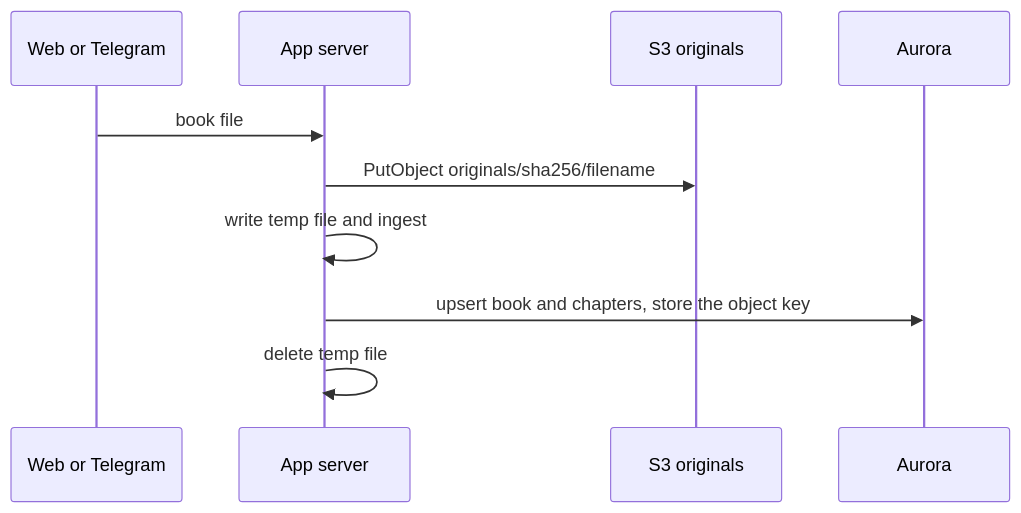
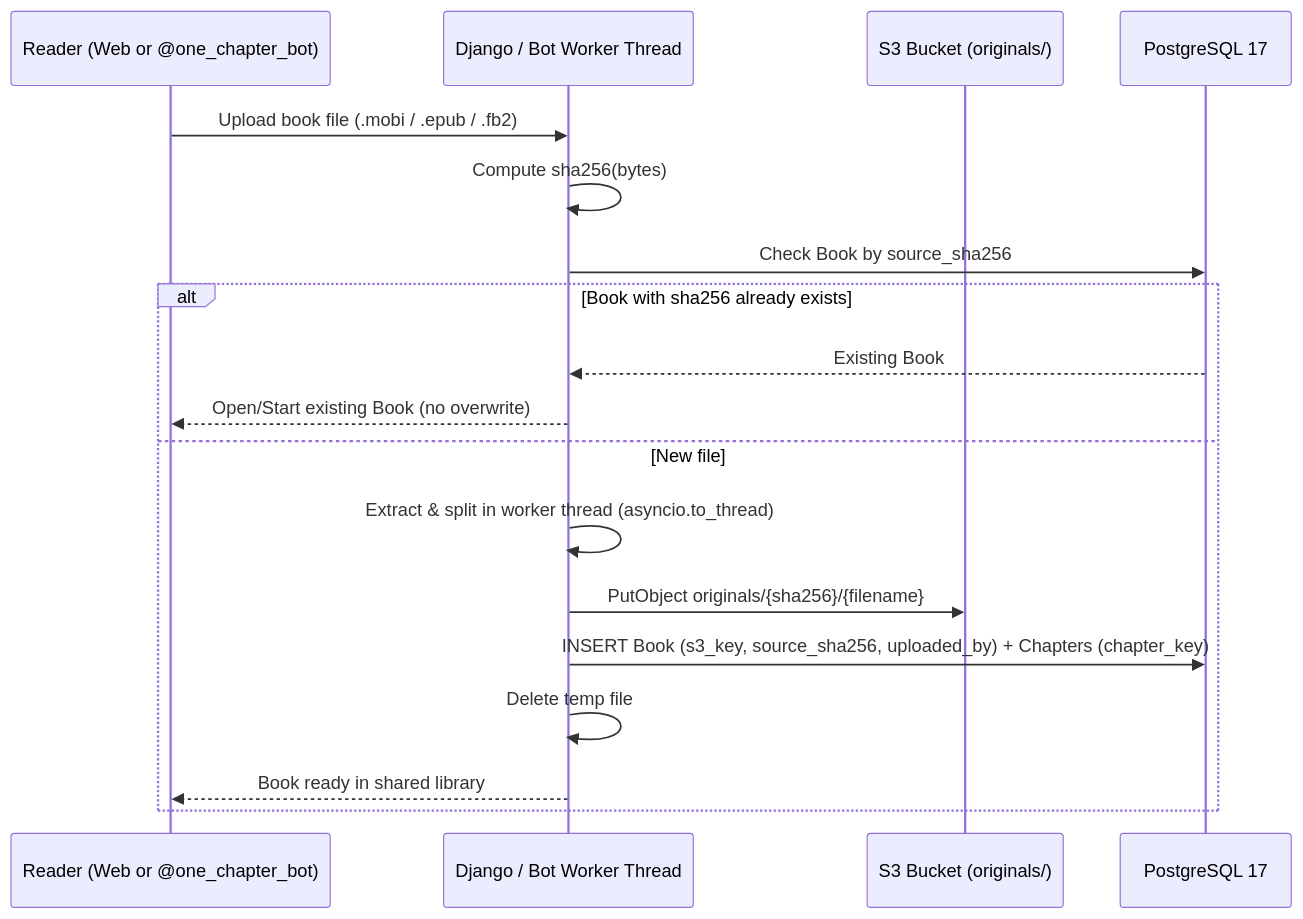
The fourth of 5 diagrams in docs/architecture/README.md (kajarenc5/book-drip), drawn with Mermaid before and after one commit. The commit also changed other lines of this file and 13 other files, not shown here.

Commit message:
Revise architecture and ADRs for Postgres in Docker, Django ORM, unified identity, and reflections

````diff
--- a/docs/architecture/README.md
+++ b/docs/architecture/README.md
@@ -72,13 +218,21 @@
 ```mermaid
 sequenceDiagram
-  participant Client as Web or Telegram
-  participant App as App server
-  participant Bucket as S3 originals
-  participant DB as Aurora
+  participant Reader as Reader (Web or @one_chapter_bot)
+  participant App as Django / Bot Worker Thread
+  participant S3 as S3 Bucket (originals/)
+  participant DB as PostgreSQL 17
 
-  Client->>App: book file
-  App->>Bucket: PutObject originals/sha256/filename
-  App->>App: write temp file and ingest
-  App->>DB: upsert book and chapters, store the object key
-  App->>App: delete temp file
+  Reader->>App: Upload book file (.mobi / .epub / .fb2)
+  App->>App: Compute sha256(bytes)
+  App->>DB: Check Book by source_sha256
+  alt Book with sha256 already exists
+    DB-->>App: Existing Book
+    App-->>Reader: Open/Start existing Book (no overwrite)
+  else New file
+    App->>App: Extract & split in worker thread (asyncio.to_thread)
+    App->>S3: PutObject originals/{sha256}/{filename}
+    App->>DB: INSERT Book (s3_key, source_sha256, uploaded_by) + Chapters (chapter_key)
+    App->>App: Delete temp file
+    App-->>Reader: Book ready in shared library
+  end
 ```
````
